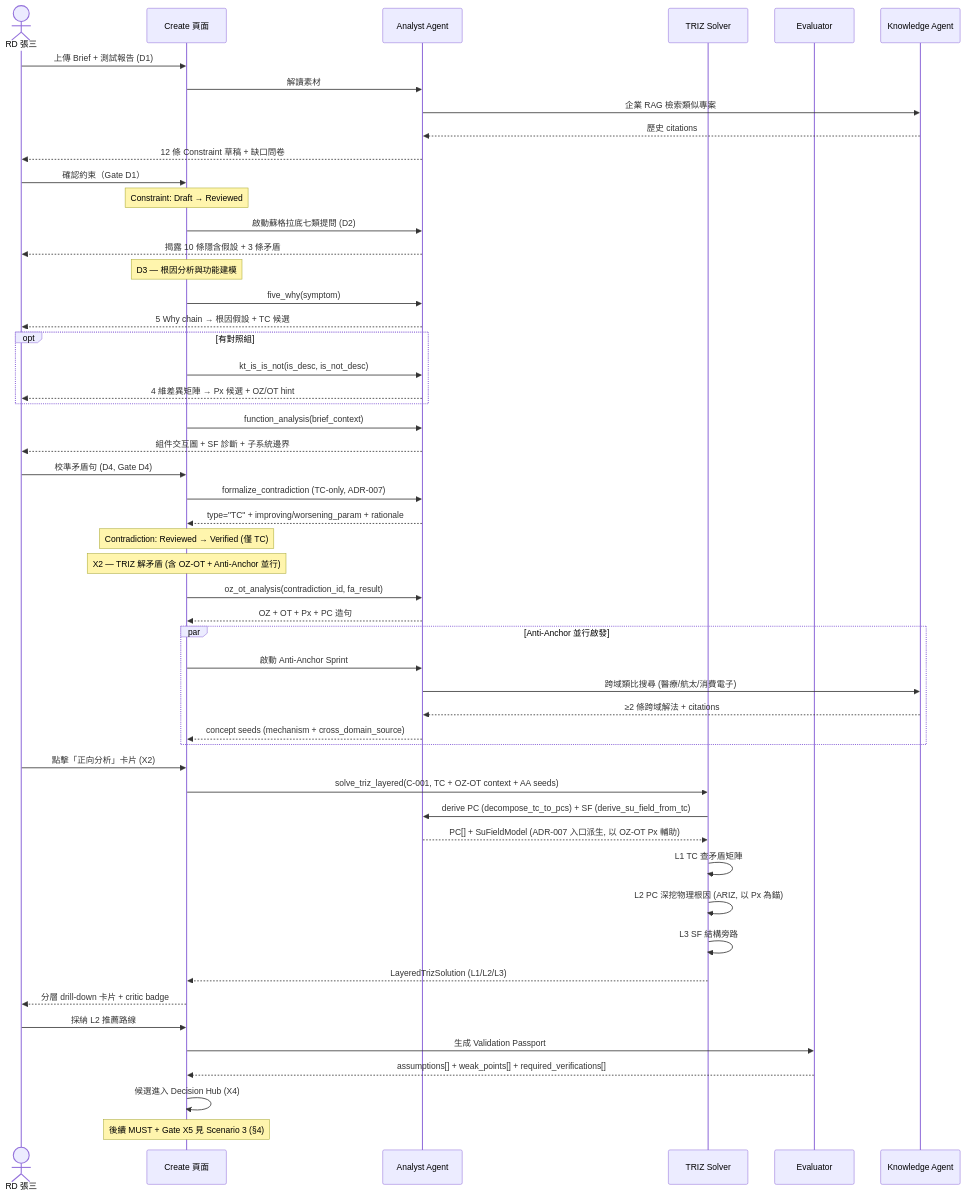
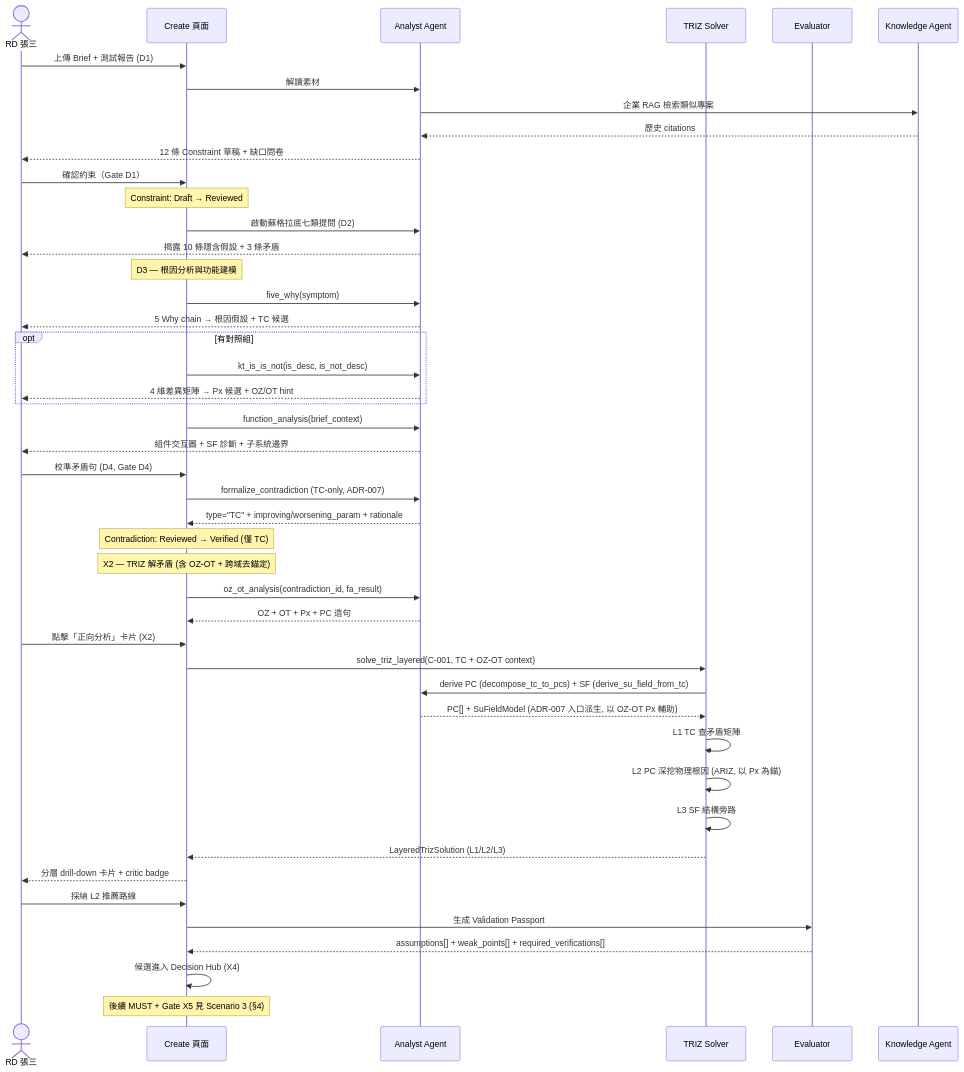
The second of 5 diagrams in docs/01-define/E3--system-interaction-flow.md (Zenobia0000/RD_copilot_system), drawn with Mermaid before and after one commit. The commit also changed other lines of this file and 80 other files, not shown here.

````diff
--- a/docs/01-define/E3--system-interaction-flow.md
+++ b/docs/01-define/E3--system-interaction-flow.md
@@ -127,64 +132,57 @@
 ```mermaid
 sequenceDiagram
     actor RD as RD 張三
     participant UI as Create 頁面
     participant AA as Analyst Agent
     participant TS as TRIZ Solver
     participant EV as Evaluator
     participant KB as Knowledge Agent
 
     RD->>UI: 上傳 Brief + 測試報告 (D1)
     UI->>AA: 解讀素材
     AA->>KB: 企業 RAG 檢索類似專案
     KB-->>AA: 歷史 citations
     AA-->>RD: 12 條 Constraint 草稿 + 缺口問卷
 
     RD->>UI: 確認約束（Gate D1）
     Note over UI: Constraint: Draft → Reviewed
 
     UI->>AA: 啟動蘇格拉底七類提問 (D2)
     AA-->>RD: 揭露 10 條隱含假設 + 3 條矛盾
 
     Note over UI: D3 — 根因分析與功能建模
     UI->>AA: five_why(symptom)
     AA-->>RD: 5 Why chain → 根因假設 + TC 候選
     opt 有對照組
         UI->>AA: kt_is_is_not(is_desc, is_not_desc)
         AA-->>RD: 4 維差異矩陣 → Px 候選 + OZ/OT hint
     end
     UI->>AA: function_analysis(brief_context)
     AA-->>RD: 組件交互圖 + SF 診斷 + 子系統邊界
 
     RD->>UI: 校準矛盾句 (D4, Gate D4)
     UI->>AA: formalize_contradiction (TC-only, ADR-007)
     AA-->>UI: type="TC" + improving/worsening_param + rationale
     Note over UI: Contradiction: Reviewed → Verified (僅 TC)
 
-    Note over UI: X2 — TRIZ 解矛盾 (含 OZ-OT + Anti-Anchor 並行)
+    Note over UI: X2 — TRIZ 解矛盾 (含 OZ-OT + 跨域去錨定)
     UI->>AA: oz_ot_analysis(contradiction_id, fa_result)
     AA-->>UI: OZ + OT + Px + PC 造句
 
-    par Anti-Anchor 並行啟發
-        UI->>AA: 啟動 Anti-Anchor Sprint
-        AA->>KB: 跨域類比搜尋 (醫療/航太/消費電子)
-        KB-->>AA: ≥2 條跨域解法 + citations
-        AA-->>UI: concept seeds (mechanism + cross_domain_source)
-    end
-
     RD->>UI: 點擊「正向分析」卡片 (X2)
-    UI->>TS: solve_triz_layered(C-001, TC + OZ-OT context + AA seeds)
+    UI->>TS: solve_triz_layered(C-001, TC + OZ-OT context)
     TS->>AA: derive PC (decompose_tc_to_pcs) + SF (derive_su_field_from_tc)
     AA-->>TS: PC[] + SuFieldModel (ADR-007 入口派生, 以 OZ-OT Px 輔助)
     TS->>TS: L1 TC 查矛盾矩陣
     TS->>TS: L2 PC 深挖物理根因 (ARIZ, 以 Px 為錨)
     TS->>TS: L3 SF 結構旁路
     TS-->>UI: LayeredTrizSolution (L1/L2/L3)
     UI-->>RD: 分層 drill-down 卡片 + critic badge
 
     RD->>UI: 採納 L2 推薦路線
     UI->>EV: 生成 Validation Passport
     EV-->>UI: assumptions[] + weak_points[] + required_verifications[]
 
     UI->>UI: 候選進入 Decision Hub (X4)
     Note over UI: 後續 MUST + Gate X5 見 Scenario 3 (§4)
 ```
````
